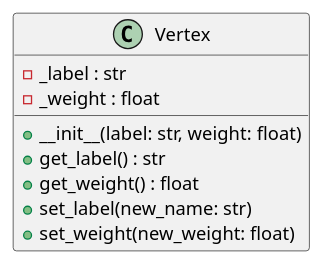
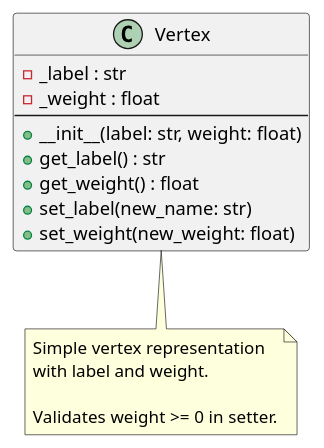
The diagram in docs/class/vertex.puml (BGLuis/Trabalho-pratico-grafos), drawn with PlantUML before and after one commit. The commit also changed 8 other files, not shown here.

```diff
--- a/docs/class/vertex.puml
+++ b/docs/class/vertex.puml
@@ -1,13 +1,21 @@
 @startuml vertex-class
 
 class Vertex {
     - _label : str
     - _weight : float
+    --
     + __init__(label: str, weight: float)
     + get_label() : str
     + get_weight() : float
     + set_label(new_name: str)
     + set_weight(new_weight: float)
 }
 
+note bottom of Vertex
+  Simple vertex representation
+  with label and weight.
+  
+  Validates weight >= 0 in setter.
+end note
+
 @enduml
```
